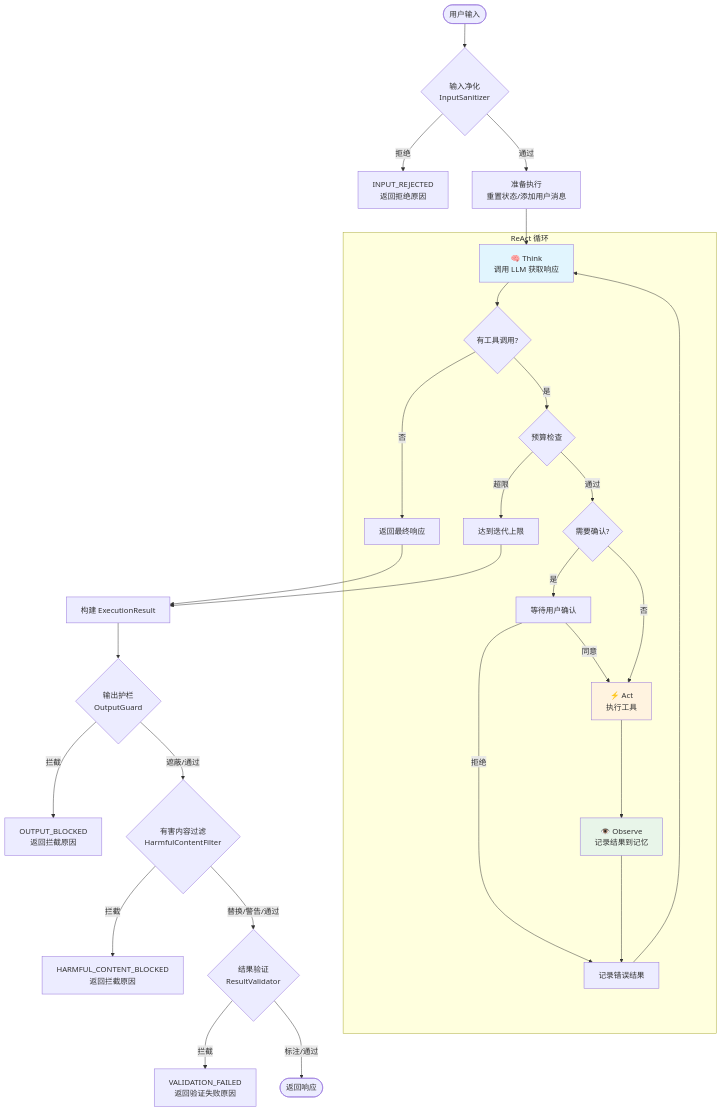
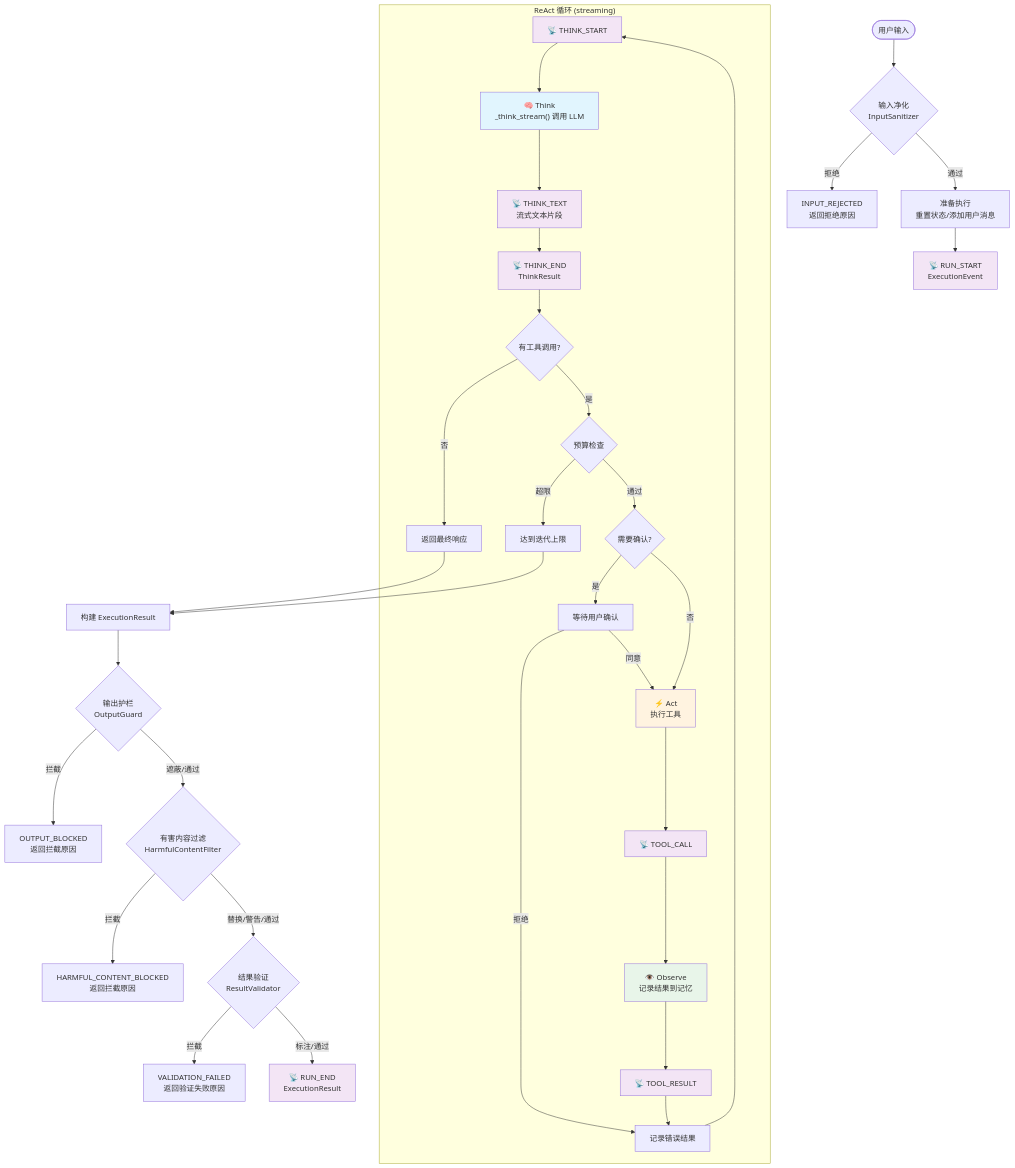
Before and after one commit to Tobytywang/NanoAgent: the third of 4 diagrams in docs/architecture.md, drawn with Mermaid. The commit also changed other lines of this file and 16 other files, not shown here.

````diff
--- a/docs/architecture.md
+++ b/docs/architecture.md
@@ -383,41 +421,52 @@
 ```mermaid
 flowchart TD
     START([用户输入]) --> SANITIZE{输入净化<br/>InputSanitizer}
     SANITIZE -->|拒绝| REJECTED[INPUT_REJECTED<br/>返回拒绝原因]
     SANITIZE -->|通过| PREP[准备执行<br/>重置状态/添加用户消息]
-    PREP --> THINK
+    PREP --> STREAM_START["📡 RUN_START<br/>ExecutionEvent"]
 
-    subgraph Loop["ReAct 循环"]
-        THINK["🧠 Think<br/>调用 LLM 获取响应"]
-        THINK --> CHECK{有工具调用?}
+    subgraph Loop["ReAct 循环 (streaming)"]
+        THINK_START_EVENT["📡 THINK_START"] --> THINK["🧠 Think<br/>_think_stream() 调用 LLM"]
+        THINK --> THINK_TEXT["📡 THINK_TEXT<br/>流式文本片段"]
+        THINK_TEXT --> THINK_END_EVENT["📡 THINK_END<br/>ThinkResult"]
+        THINK_END_EVENT --> CHECK{有工具调用?}
         CHECK -->|否| FINAL[返回最终响应]
         CHECK -->|是| BUDGET{预算检查}
 
         BUDGET -->|超限| MAX[达到迭代上限]
         BUDGET -->|通过| CONFIRM{需要确认?}
 
         CONFIRM -->|是| USER_CONFIRM[等待用户确认]
         USER_CONFIRM -->|拒绝| OBSERVE_ERROR[记录错误结果]
         USER_CONFIRM -->|同意| ACT
         CONFIRM -->|否| ACT
 
         ACT["⚡ Act<br/>执行工具"]
-        ACT --> OBSERVE["👁️ Observe<br/>记录结果到记忆"]
-        OBSERVE --> OBSERVE_ERROR
-        OBSERVE_ERROR --> THINK
+        ACT --> TOOL_CALL_EVENT["📡 TOOL_CALL"]
+        TOOL_CALL_EVENT --> OBSERVE["👁️ Observe<br/>记录结果到记忆"]
+        OBSERVE --> TOOL_RESULT_EVENT["📡 TOOL_RESULT"]
+        TOOL_RESULT_EVENT --> OBSERVE_ERROR
+        OBSERVE_ERROR --> THINK_START_EVENT
     end
 
     FINAL --> BUILD[构建 ExecutionResult]
     MAX --> BUILD
     BUILD --> GUARD{输出护栏<br/>OutputGuard}
     GUARD -->|拦截| BLOCKED[OUTPUT_BLOCKED<br/>返回拦截原因]
     GUARD -->|遮蔽/通过| HFILTER{有害内容过滤<br/>HarmfulContentFilter}
     HFILTER -->|拦截| HARMFUL_BLOCKED[HARMFUL_CONTENT_BLOCKED<br/>返回拦截原因]
     HFILTER -->|替换/警告/通过| RVALIDATOR{结果验证<br/>ResultValidator}
     RVALIDATOR -->|拦截| VALIDATION_BLOCKED[VALIDATION_FAILED<br/>返回验证失败原因]
-    RVALIDATOR -->|标注/通过| END([返回响应])
+    RVALIDATOR -->|标注/通过| RUN_END_EVENT["📡 RUN_END<br/>ExecutionResult"]
 
     style THINK fill:#e1f5fe
     style ACT fill:#fff3e0
     style OBSERVE fill:#e8f5e9
+    style STREAM_START fill:#f3e5f5
+    style THINK_START_EVENT fill:#f3e5f5
+    style THINK_TEXT fill:#f3e5f5
+    style THINK_END_EVENT fill:#f3e5f5
+    style TOOL_CALL_EVENT fill:#f3e5f5
+    style TOOL_RESULT_EVENT fill:#f3e5f5
+    style RUN_END_EVENT fill:#f3e5f5
 ```
````
